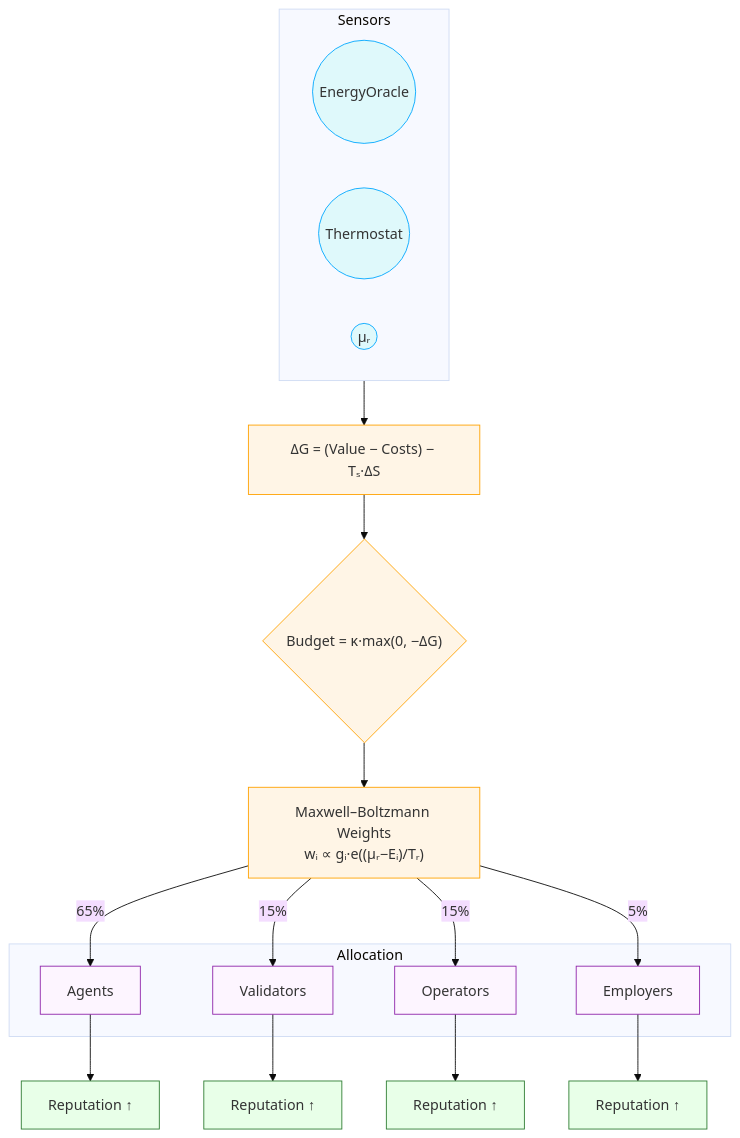
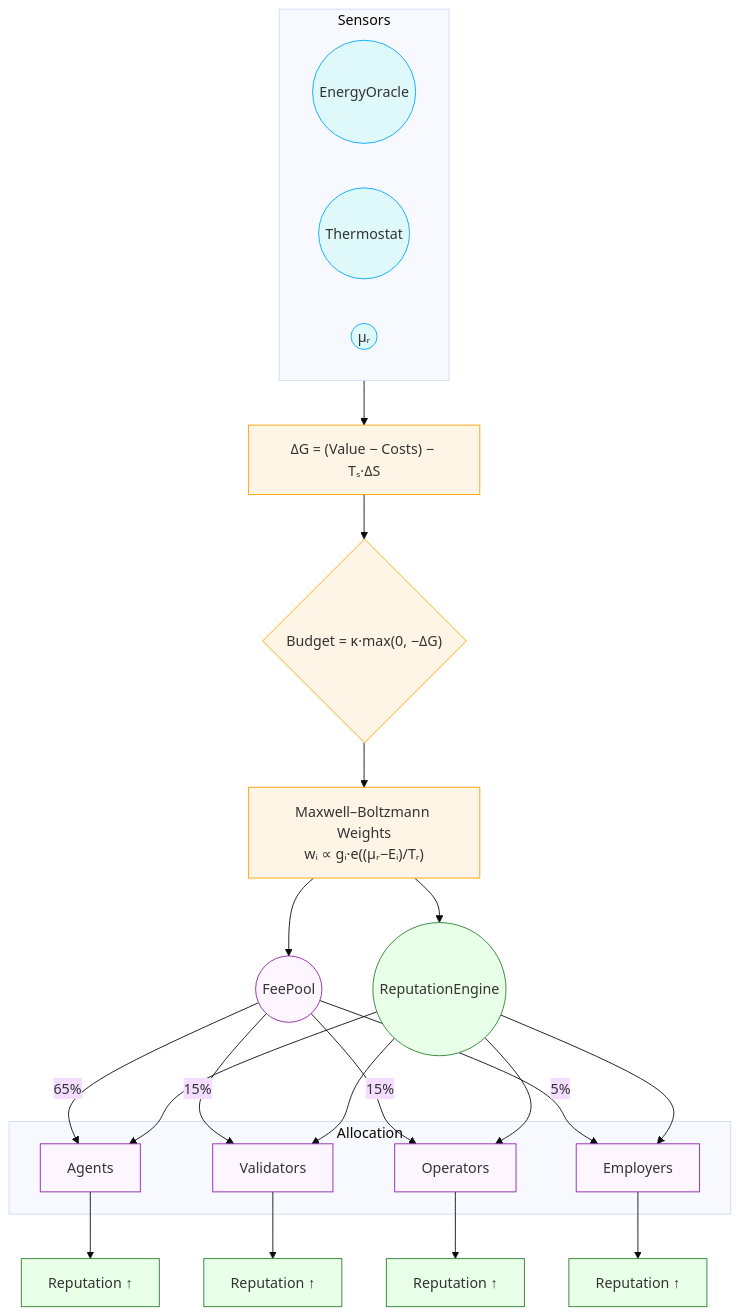
Before and after one commit to MontrealAI/AGIJobsv0: the first of 3 diagrams in README.md, drawn with Mermaid (base theme). The commit also changed 2 other files, not shown here.

Commit message:
docs: add thermodynamic incentive diagrams

````diff
--- a/README.md
+++ b/README.md
@@ -58,36 +58,44 @@
 ```mermaid
 flowchart TD
     %% Sensors feed Gibbs free energy which drives MB allocation and reputation
 
     classDef sensor fill:#dff9fb,stroke:#00a8ff,stroke-width:1px;
     classDef calc fill:#fff5e6,stroke:#ffa200,stroke-width:1px;
     classDef dist fill:#fdf5ff,stroke:#8e24aa,stroke-width:1px;
     classDef rep fill:#e8ffe8,stroke:#2e7d32,stroke-width:1px;
 
     subgraph Sensors
         EO((EnergyOracle)):::sensor
         TH((Thermostat)):::sensor
         MU((μᵣ)):::sensor
     end
 
     Sensors --> G["ΔG = (Value − Costs) − Tₛ·ΔS"]:::calc
     G --> B{"Budget = κ·max(0, −ΔG)"}:::calc
     B --> MB["Maxwell–Boltzmann Weights\nwᵢ ∝ gᵢ·e((μᵣ−Eᵢ)/Tᵣ)"]:::calc
 
+    MB --> FP((FeePool)):::dist
+    MB --> REP((ReputationEngine)):::rep
+
     subgraph Allocation
         AG[Agents]
         VD[Validators]
         OP[Operators]
         EM[Employers]
     end
 
-    MB -->|65%| AG:::dist
-    MB -->|15%| VD:::dist
-    MB -->|15%| OP:::dist
-    MB -->|5%| EM:::dist
+    FP -->|65%| AG:::dist
+    FP -->|15%| VD:::dist
+    FP -->|15%| OP:::dist
+    FP -->|5%| EM:::dist
+
+    REP --> AG
+    REP --> VD
+    REP --> OP
+    REP --> EM
 
     AG --> RAG[Reputation ↑]:::rep
     VD --> RVD[Reputation ↑]:::rep
     OP --> ROP[Reputation ↑]:::rep
     EM --> REM[Reputation ↑]:::rep
 ```
````
